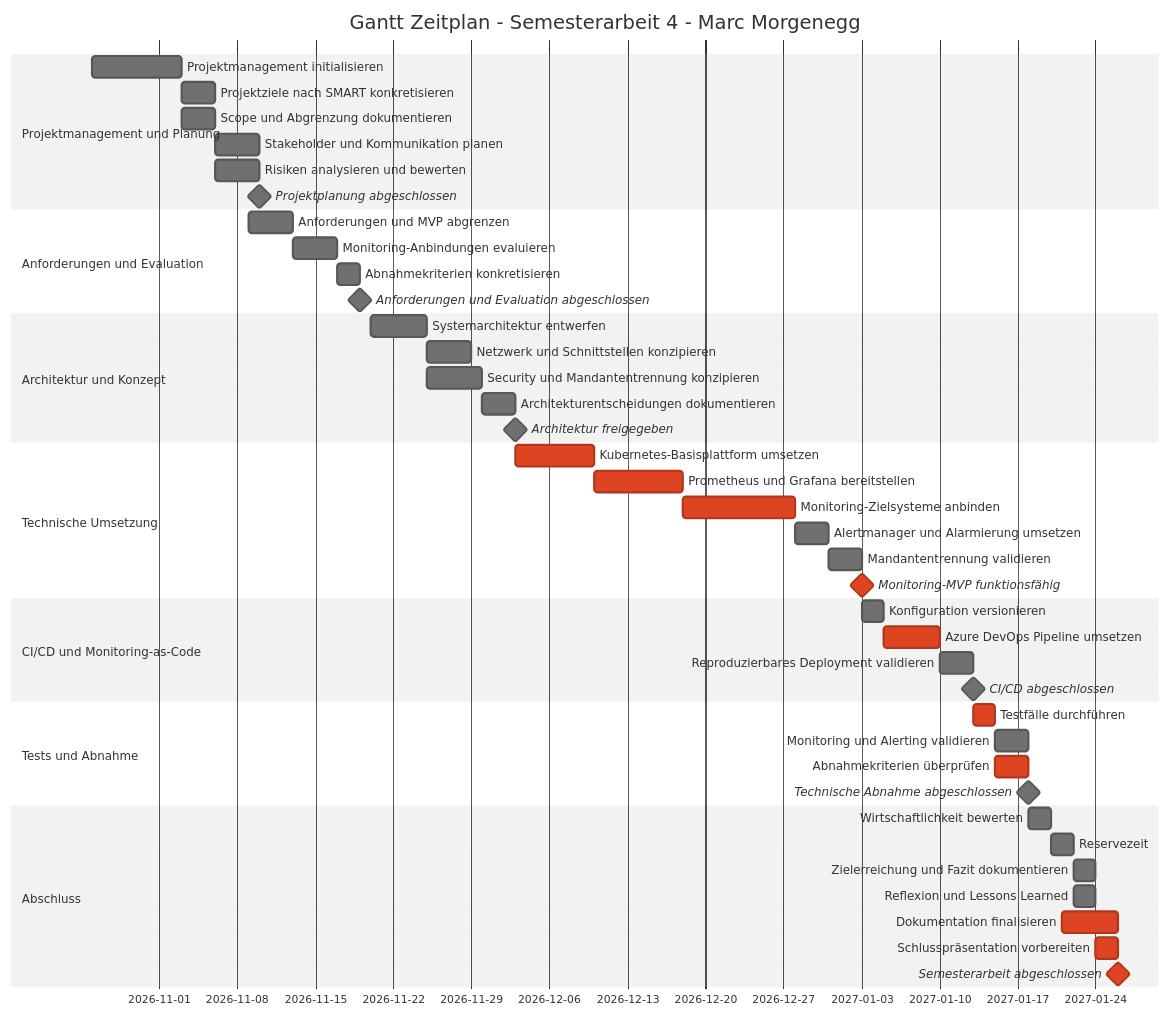
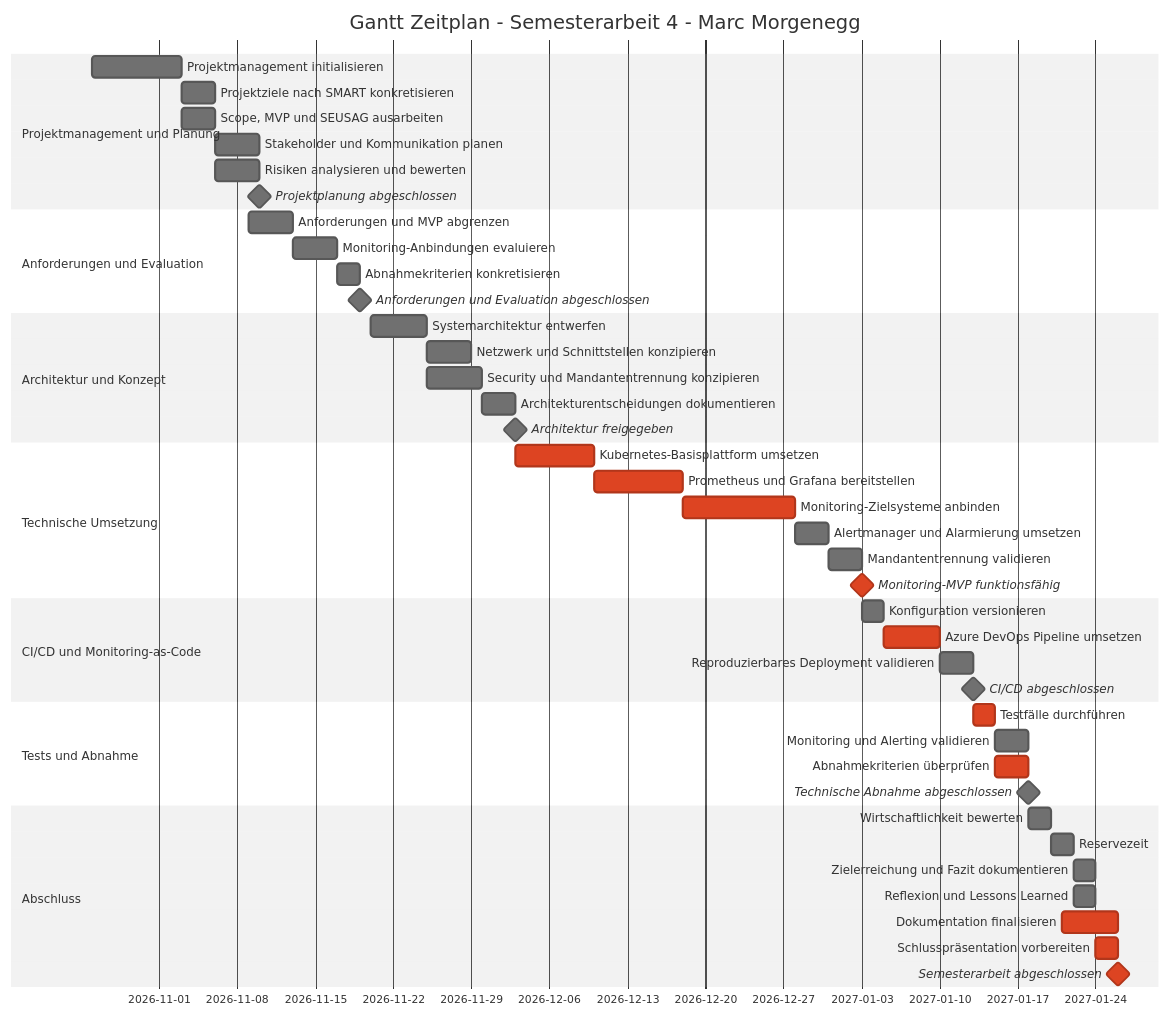
Before and after one commit to MarcMorgenegg/sem4: the diagram in Seiten/01. Projektübersicht.md, drawn with Mermaid (neutral theme).

Commit message:
docs: Gantt Zeitplan, Sektion 1, Scope, MVP und SEUSAG ausarbeiten eingefügt / angepasst

````diff
--- a/Seiten/01. Projektübersicht.md
+++ b/Seiten/01. Projektübersicht.md
@@ -165,55 +165,55 @@
 ```mermaid
 gantt
     title Gantt Zeitplan - Semesterarbeit 4 - Marc Morgenegg
     dateFormat YYYY-MM-DD
 
     section Projektmanagement und Planung
     Projektmanagement initialisieren              :pm1, 2026-10-26, 8d
     Projektziele nach SMART konkretisieren         :pm2, after pm1, 3d
-    Scope und Abgrenzung dokumentieren             :pm3, after pm1, 3d
+    Scope, MVP und SEUSAG ausarbeiten              :pm3, after pm1, 3d
     Stakeholder und Kommunikation planen           :pm4, after pm3, 4d
     Risiken analysieren und bewerten               :pm5, after pm3, 4d
     Projektplanung abgeschlossen                   :milestone, m1, after pm5, 0d
 
     section Anforderungen und Evaluation
     Anforderungen und MVP abgrenzen                :ae1, 2026-11-09, 4d
     Monitoring-Anbindungen evaluieren              :ae2, after ae1, 4d
     Abnahmekriterien konkretisieren                :ae3, after ae2, 2d
     Anforderungen und Evaluation abgeschlossen     :milestone, m2, after ae3, 0d
 
     section Architektur und Konzept
     Systemarchitektur entwerfen                    :ac1, 2026-11-20, 5d
     Netzwerk und Schnittstellen konzipieren        :ac2, after ac1, 4d
     Security und Mandantentrennung konzipieren     :ac3, after ac1, 5d
     Architekturentscheidungen dokumentieren        :ac4, after ac3, 3d
     Architektur freigegeben                        :milestone, m3, 2026-12-03, 0d
 
     section Technische Umsetzung
     Kubernetes-Basisplattform umsetzen             :crit, im1, 2026-12-03, 7d
     Prometheus und Grafana bereitstellen           :crit, im2, after im1, 8d
     Monitoring-Zielsysteme anbinden                :crit, im3, after im2, 10d
     Alertmanager und Alarmierung umsetzen           :im4, after im3, 3d
     Mandantentrennung validieren                   :im5, after im4, 3d
     Monitoring-MVP funktionsfähig                  :milestone, crit, m4, 2027-01-03, 0d
 
     section CI/CD und Monitoring-as-Code
     Konfiguration versionieren                     :ci1, 2027-01-03, 2d
     Azure DevOps Pipeline umsetzen                 :crit, ci2, after ci1, 5d
     Reproduzierbares Deployment validieren         :ci3, after ci2, 3d
     CI/CD abgeschlossen                            :milestone, m5, 2027-01-13, 0d
 
     section Tests und Abnahme
     Testfälle durchführen                          :crit, ta1, 2027-01-13, 2d
     Monitoring und Alerting validieren             :ta2, after ta1, 3d
     Abnahmekriterien überprüfen                    :crit, ta3, after ta1, 3d
     Technische Abnahme abgeschlossen               :milestone, m6, 2027-01-18, 0d
 
     section Abschluss
     Wirtschaftlichkeit bewerten                    :ab1, 2027-01-18, 2d
     Reservezeit                                    :ab2, after ab1, 2d
     Zielerreichung und Fazit dokumentieren         :ab3, after ab2, 2d
     Reflexion und Lessons Learned                  :ab4, after ab2, 2d
     Dokumentation finalisieren                     :crit, ab4, 2027-01-21, 5d
     Schlusspräsentation vorbereiten                :crit, ab5, 2027-01-24, 2d
     Semesterarbeit abgeschlossen                   :milestone, crit, m7, 2027-01-26, 0d
 ```
````
